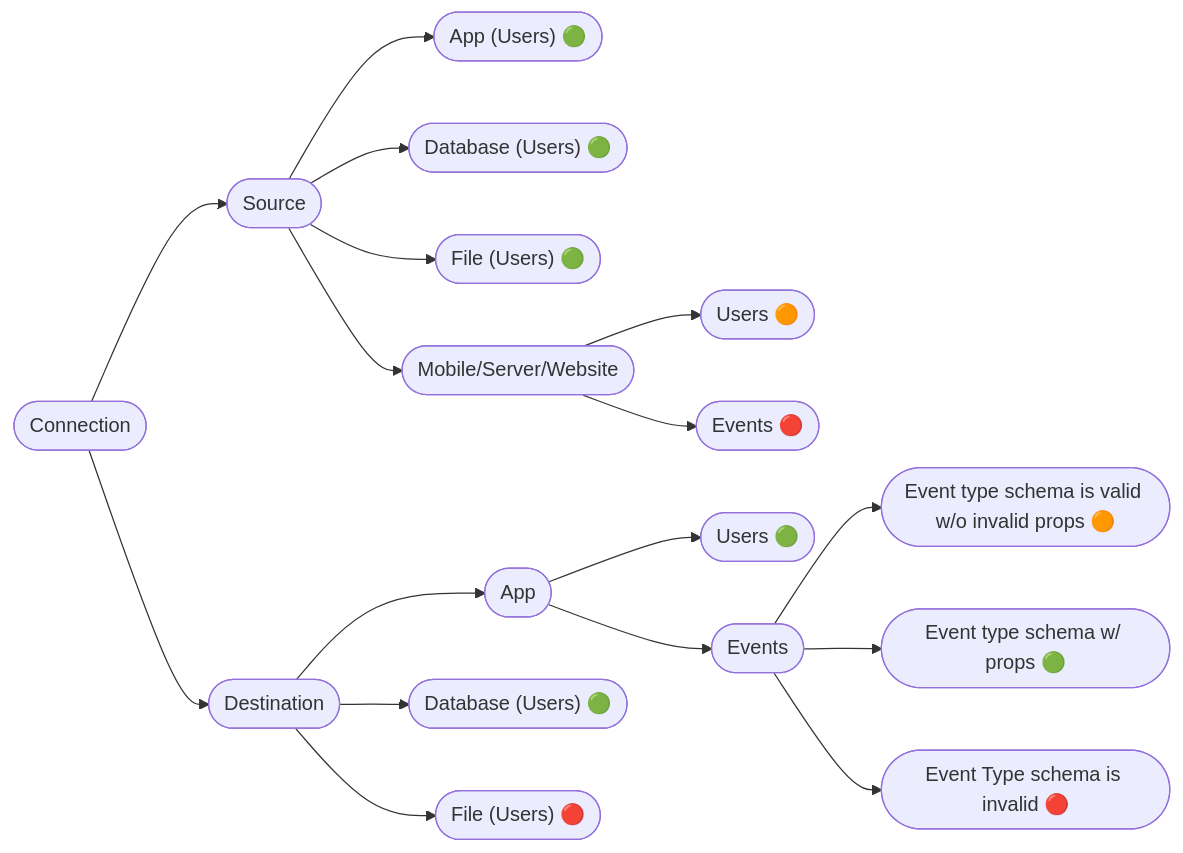
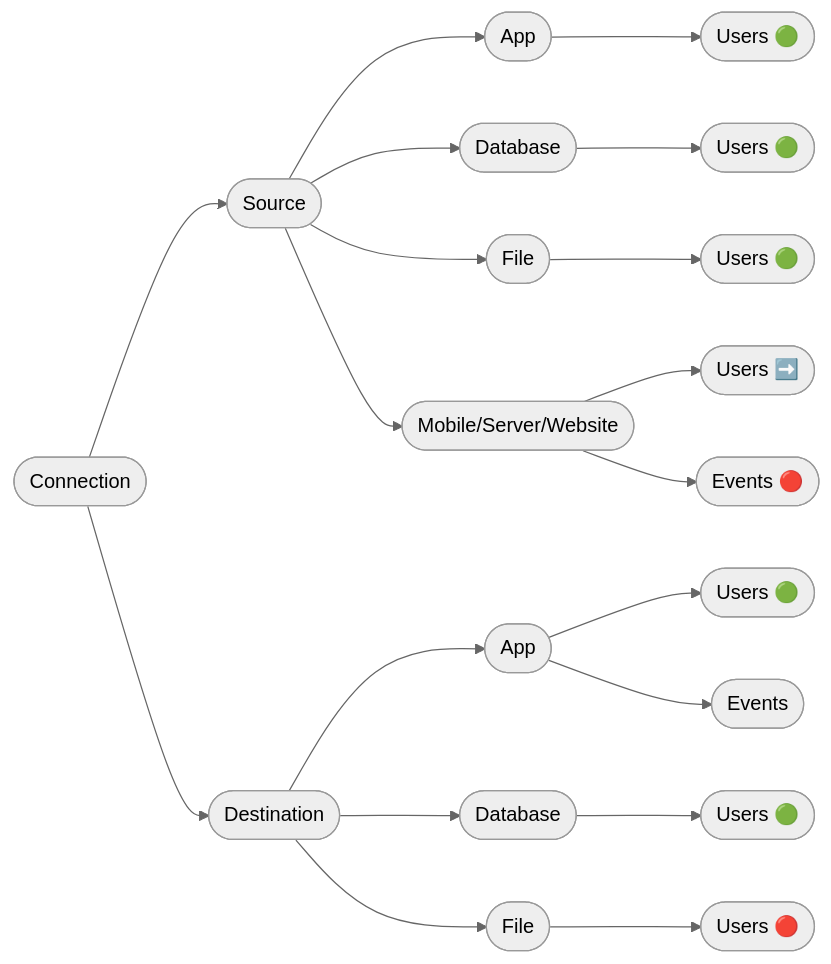
The diagram in apis/Actions.md (krenalis/krenalis), drawn with Mermaid before and after one commit. The commit also changed other lines of this file and 1 other file, not shown here.

````diff
--- a/apis/Actions.md
+++ b/apis/Actions.md
@@ -52,26 +46,24 @@
 ```mermaid
+%%{init: {'theme':'neutral'}}%%
 graph LR
 
 	conn([Connection]) --> source([Source])
 	conn --> dest([Destination])
 	
-	source --> source_app(["App (Users) 🟢"])
-	source --> source_db(["Database (Users) 🟢"])
-	source --> source_file(["File (Users) 🟢"])
+	source --> source_app(["App"]) --> source_app_users(["Users 🟢"])
+	source --> source_db(["Database"]) --> source_db_users(["Users 🟢"])
+	source --> source_file(["File"]) --> source_file_users(["Users 🟢"])
 	source --> source_events_based([Mobile/Server/Website])
 	
+	source_events_based --> source_events_based_users(["Users ➡️"])
+	source_events_based --> source_events_based_events(["Events 🔴"])
+	
 	dest --> dest_app([App])
-	dest --> dest_db(["Database (Users) 🟢"])
-	dest --> dest_file(["File (Users) 🔴"])
-	
-	source_events_based --> source_events_based_users(["Users 🟠"])
-	source_events_based --> source_events_based_events(["Events 🔴"])
+	dest --> dest_db(["Database"]) --> dest_db_users(["Users 🟢"])
+	dest --> dest_file(["File"]) --> dest_file_users(["Users 🔴"])
 	
 	dest_app --> dest_app_users(["Users 🟢"])
 	dest_app --> dest_app_events([Events])
 	
-	dest_app_events --> valid_schema_no_required_props(["Event type schema is valid w/o invalid props 🟠"])
-	dest_app_events --> valid_schema_with_required_props(["Event type schema w/ props 🟢"])
-	dest_app_events --> invalid_schema(["Event Type schema is invalid 🔴"])
 
 ```
````
